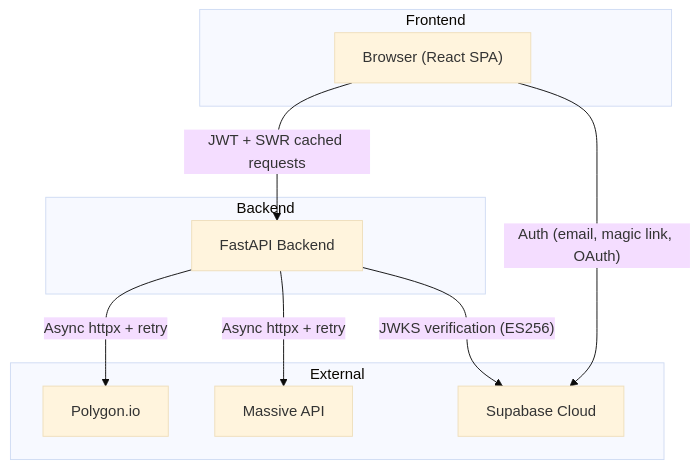
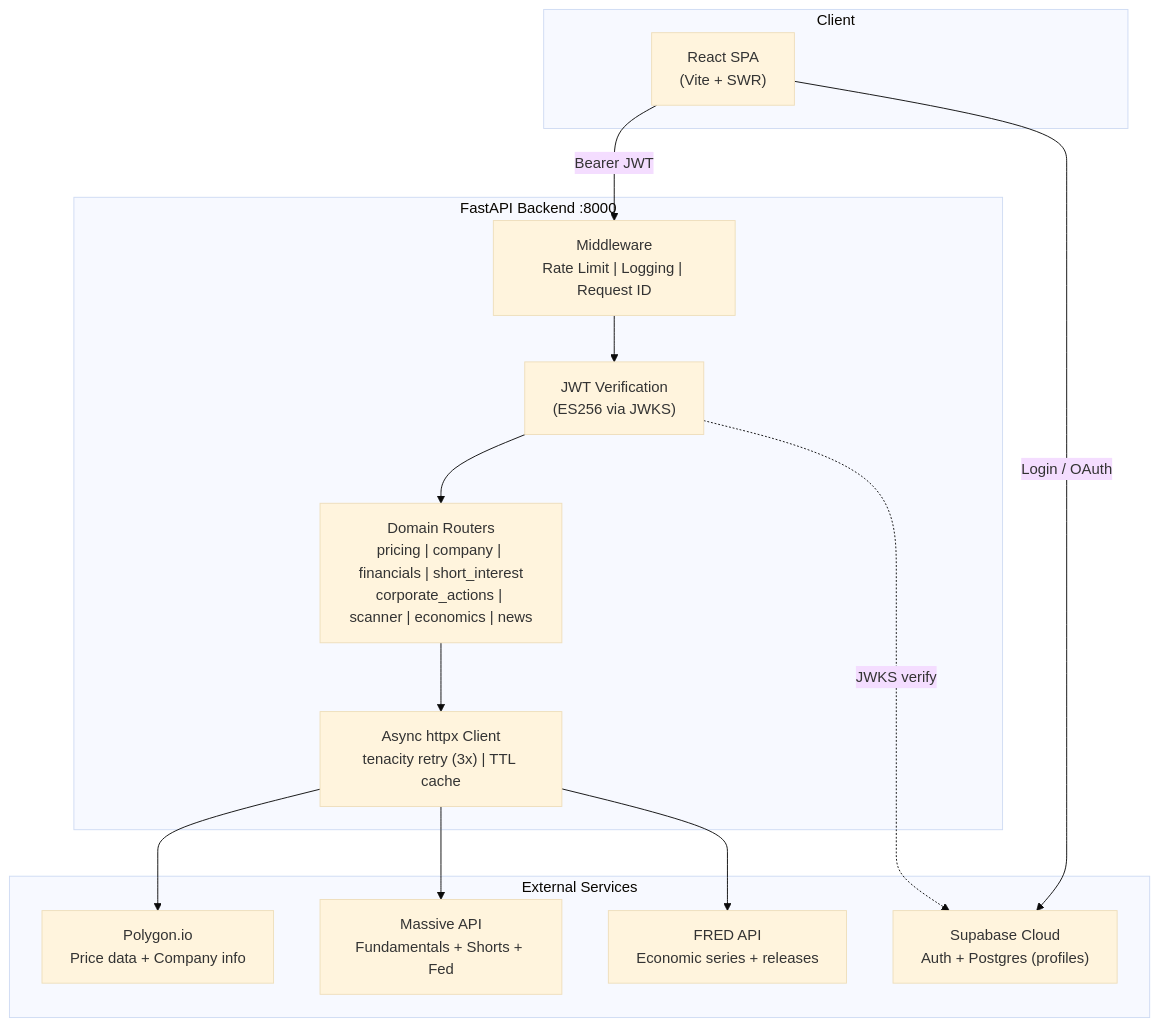
The diagram in README.md (eshaank/finance-dashboard), drawn with Mermaid (base theme) before and after one commit. The commit also changed other lines of this file and 1 other file, not shown here.

````diff
--- a/README.md
+++ b/README.md
@@ -9,28 +9,30 @@
 ```mermaid
 graph TB
-    Browser["Browser (React SPA)"]
-    API["FastAPI Backend"]
-    Polygon["Polygon.io"]
-    Massive["Massive API"]
-    Supabase["Supabase Cloud"]
-
-    Browser -->|"JWT + SWR cached requests"| API
-    API -->|"Async httpx + retry"| Polygon
-    API -->|"Async httpx + retry"| Massive
-    Browser -->|"Auth (email, magic link, OAuth)"| Supabase
-    API -->|"JWKS verification (ES256)"| Supabase
-
-    subgraph Frontend
-        Browser
+    subgraph Client
+        Browser["React SPA<br/>(Vite + SWR)"]
     end
 
-    subgraph Backend
-        API
+    subgraph Backend["FastAPI Backend :8000"]
+        MW["Middleware<br/>Rate Limit | Logging | Request ID"]
+        Auth["JWT Verification<br/>(ES256 via JWKS)"]
+        Domains["Domain Routers<br/>pricing | company | financials | short_interest<br/>corporate_actions | scanner | economics | news"]
+        HTTP["Async httpx Client<br/>tenacity retry (3x) | TTL cache"]
     end
 
-    subgraph External
-        Polygon
-        Massive
-        Supabase
+    subgraph External["External Services"]
+        Polygon["Polygon.io<br/>Price data + Company info"]
+        Massive["Massive API<br/>Fundamentals + Shorts + Fed"]
+        FRED["FRED API<br/>Economic series + releases"]
+        Supabase["Supabase Cloud<br/>Auth + Postgres (profiles)"]
     end
+
+    Browser -->|"Bearer JWT"| MW
+    MW --> Auth
+    Auth --> Domains
+    Domains --> HTTP
+    HTTP --> Polygon
+    HTTP --> Massive
+    HTTP --> FRED
+    Browser -->|"Login / OAuth"| Supabase
+    Auth -.->|"JWKS verify"| Supabase
 ```
````
